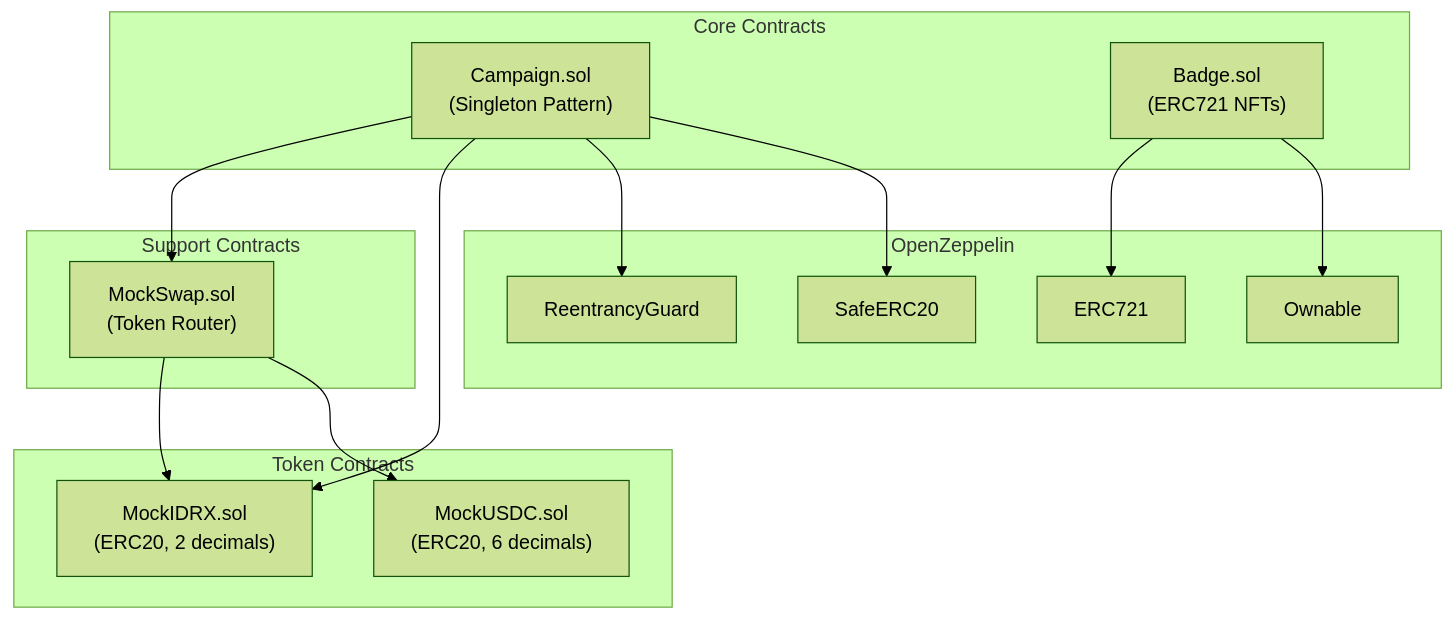
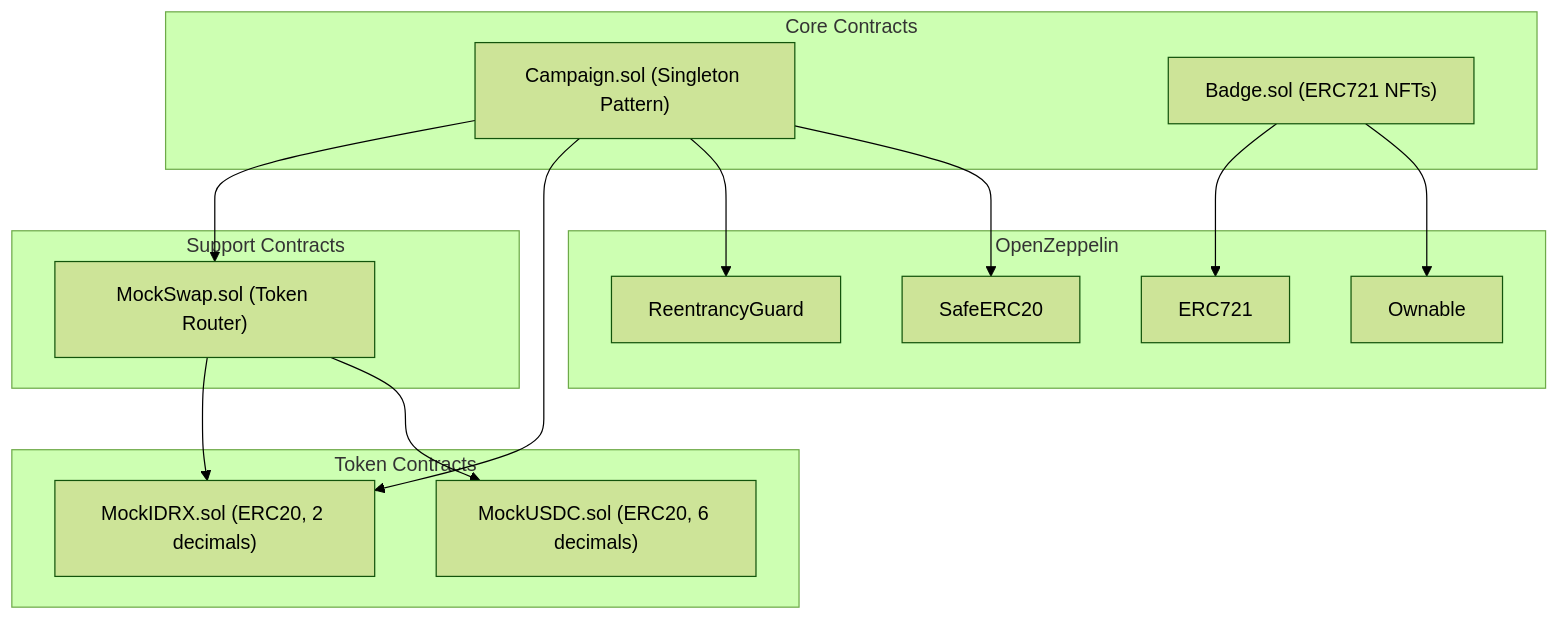
One commit to CrowdFUNding-Base/SC changed the first of 5 diagrams in pitching/architecture/smart-contract-architecture.md. Above: the diagram before and after it, drawn with Mermaid (forest theme). The commit also changed other lines of this file and 1 other file, not shown here.

````diff
--- a/pitching/architecture/smart-contract-architecture.md
+++ b/pitching/architecture/smart-contract-architecture.md
@@ -9,32 +9,32 @@
 ```mermaid
 flowchart TB
     subgraph Core["Core Contracts"]
-        Campaign["Campaign.sol\n(Singleton Pattern)"]
-        Badge["Badge.sol\n(ERC721 NFTs)"]
+        Campaign["Campaign.sol (Singleton Pattern)"]
+        Badge["Badge.sol (ERC721 NFTs)"]
     end
 
     subgraph Support["Support Contracts"]
-        MockSwap["MockSwap.sol\n(Token Router)"]
+        MockSwap["MockSwap.sol (Token Router)"]
     end
 
     subgraph Tokens["Token Contracts"]
-        IDRX["MockIDRX.sol\n(ERC20, 2 decimals)"]
-        USDC["MockUSDC.sol\n(ERC20, 6 decimals)"]
+        IDRX["MockIDRX.sol (ERC20, 2 decimals)"]
+        USDC["MockUSDC.sol (ERC20, 6 decimals)"]
     end
 
     subgraph Libraries["OpenZeppelin"]
         ReentrancyGuard["ReentrancyGuard"]
         SafeERC20["SafeERC20"]
         ERC721["ERC721"]
         Ownable["Ownable"]
     end
 
     Campaign --> MockSwap
     Campaign --> IDRX
     Campaign --> ReentrancyGuard
     Campaign --> SafeERC20
     MockSwap --> IDRX
     MockSwap --> USDC
     Badge --> ERC721
     Badge --> Ownable
 ```
````
